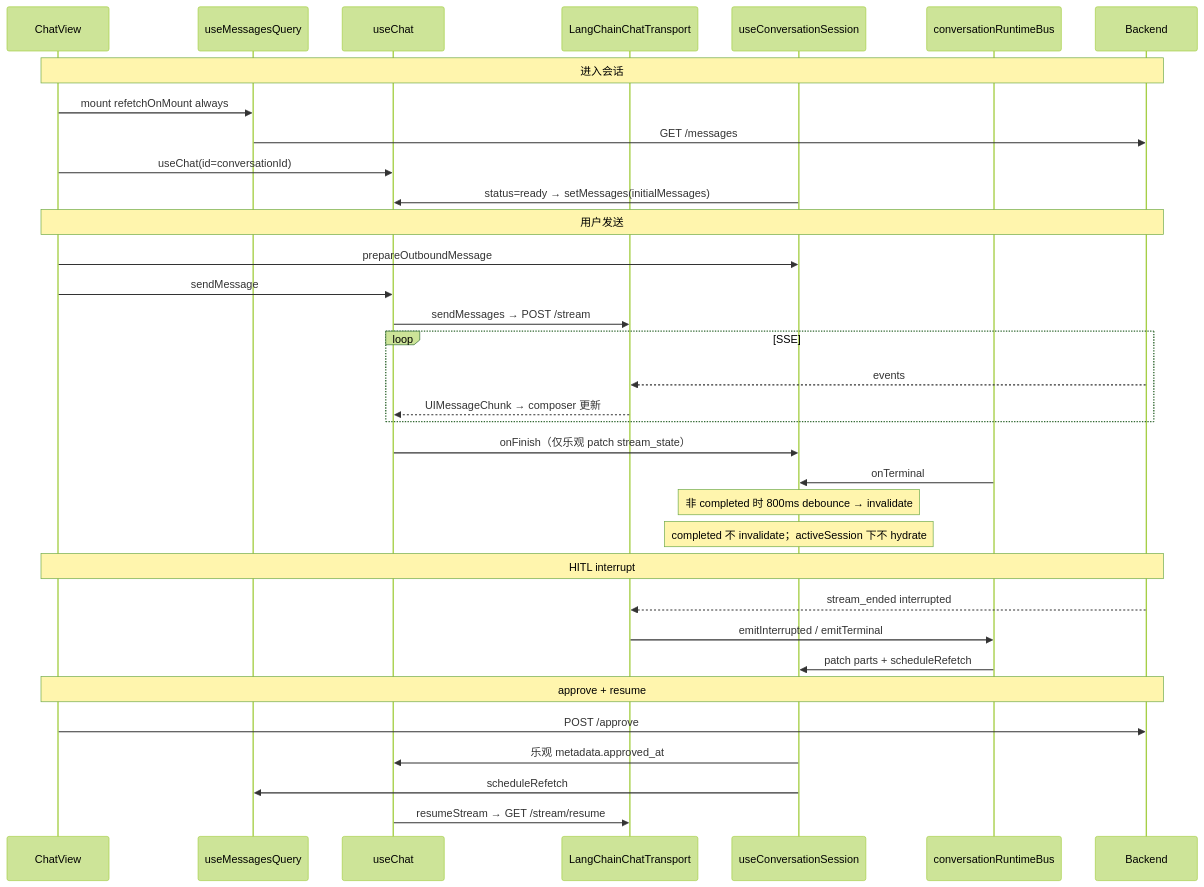
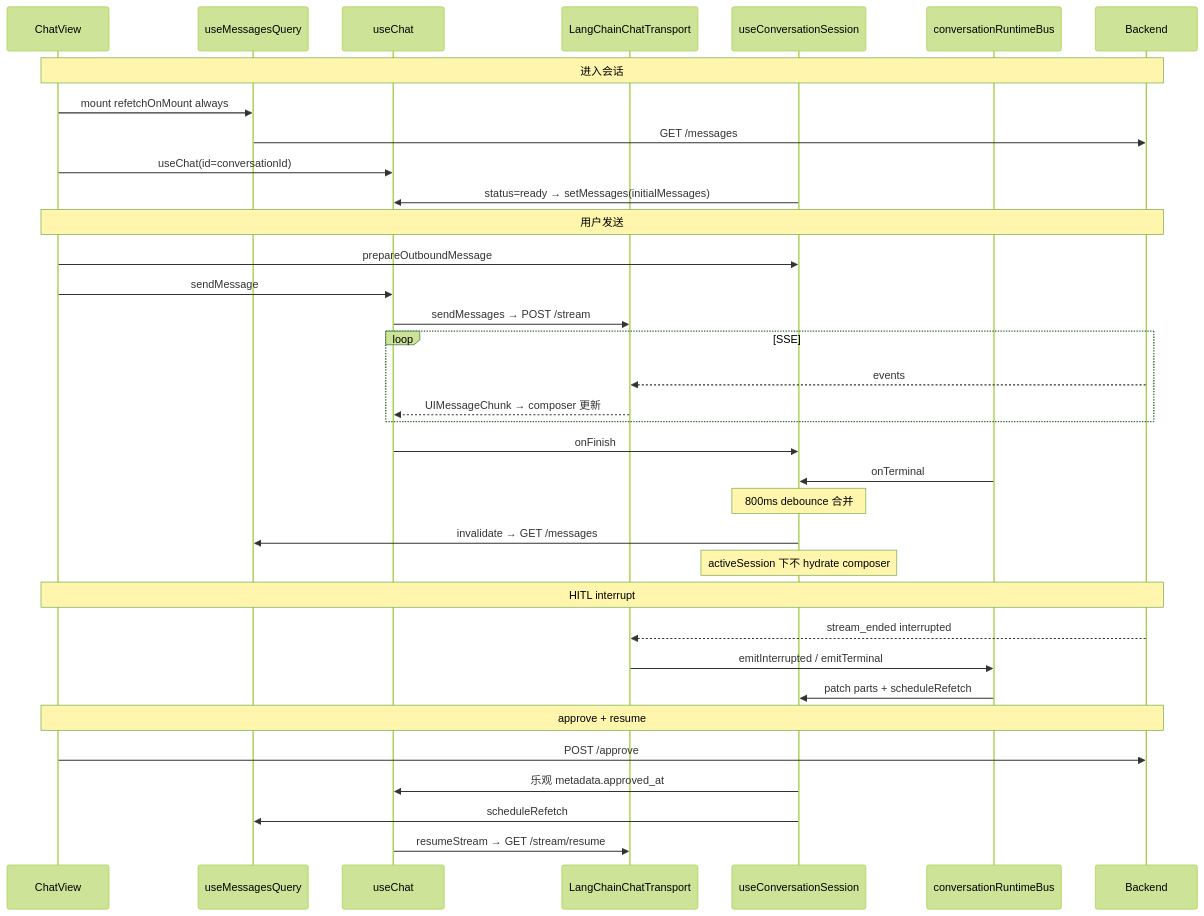
Before and after one commit to rzx007/digital-employe-client-web-m: the second of 2 diagrams in apps/web/src/lib/chat/conversation-message-flow.md, drawn with Mermaid (forest theme). The commit also changed other lines of this file and 2 other files, not shown here.

````diff
--- a/apps/web/src/lib/chat/conversation-message-flow.md
+++ b/apps/web/src/lib/chat/conversation-message-flow.md
@@ -136,40 +136,41 @@
 ```mermaid
 sequenceDiagram
   participant V as ChatView
   participant RQ as useMessagesQuery
   participant UC as useChat
   participant T as LangChainChatTransport
   participant S as useConversationSession
   participant Bus as conversationRuntimeBus
   participant API as Backend
 
   Note over V,API: 进入会话
   V->>RQ: mount refetchOnMount always
   RQ->>API: GET /messages
   V->>UC: useChat(id=conversationId)
   S->>UC: status=ready → setMessages(initialMessages)
 
   Note over V,API: 用户发送
   V->>S: prepareOutboundMessage
   V->>UC: sendMessage
   UC->>T: sendMessages → POST /stream
   loop SSE
     API-->>T: events
     T-->>UC: UIMessageChunk → composer 更新
   end
-  UC->>S: onFinish（仅乐观 patch stream_state）
+  UC->>S: onFinish
   Bus->>S: onTerminal
-  Note over S: 非 completed 时 800ms debounce → invalidate
-  Note over S: completed 不 invalidate；activeSession 下不 hydrate
+  Note over S: 800ms debounce 合并
+  S->>RQ: invalidate → GET /messages
+  Note over S: activeSession 下不 hydrate composer
 
   Note over V,API: HITL interrupt
   API-->>T: stream_ended interrupted
   T->>Bus: emitInterrupted / emitTerminal
   Bus->>S: patch parts + scheduleRefetch
 
   Note over V,API: approve + resume
   V->>API: POST /approve
   S->>UC: 乐观 metadata.approved_at
   S->>RQ: scheduleRefetch
   UC->>T: resumeStream → GET /stream/resume
 ```
````
